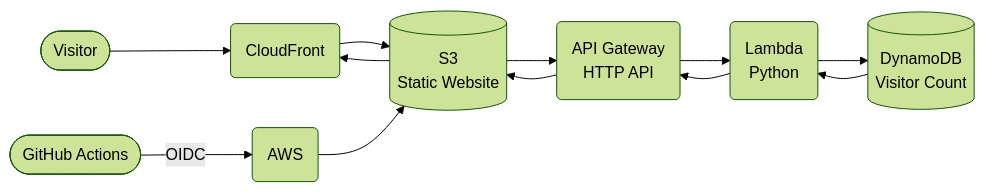
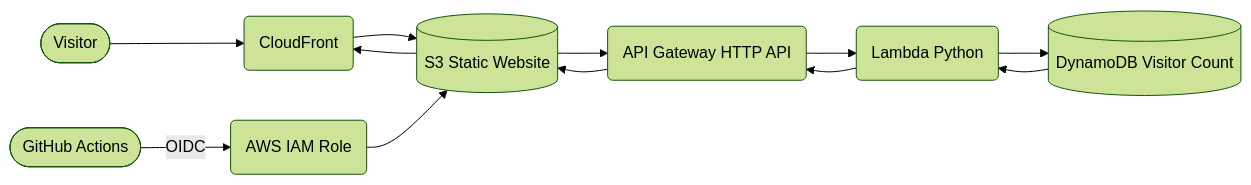
Before and after one commit to nikhilmastud/CloudNova-Serverless-Resume: the diagram in README.md, drawn with Mermaid (forest theme). The commit also changed other lines of this file, not shown here.

````diff
--- a/README.md
+++ b/README.md
@@ -47,15 +21,15 @@
 ```mermaid
 flowchart LR
     U([Visitor]) --> CF(CloudFront)
-    CF --> S3[(S3<br/>Static Website)]
-    S3 --> API(API Gateway<br/>HTTP API)
-    API --> L(Lambda<br/>Python)
-    L --> D[(DynamoDB<br/>Visitor Count)]
+    CF --> S3[(S3 Static Website)]
+    S3 --> API(API Gateway HTTP API)
+    API --> L(Lambda Python)
+    L --> D[(DynamoDB Visitor Count)]
     D --> L
     L --> API
     API --> S3
 
-    G([GitHub Actions]) -->|OIDC| AWS(AWS)
+    G([GitHub Actions]) -->|OIDC| AWS(AWS IAM Role)
     AWS --> S3
     S3 --> CF
 ```
````
